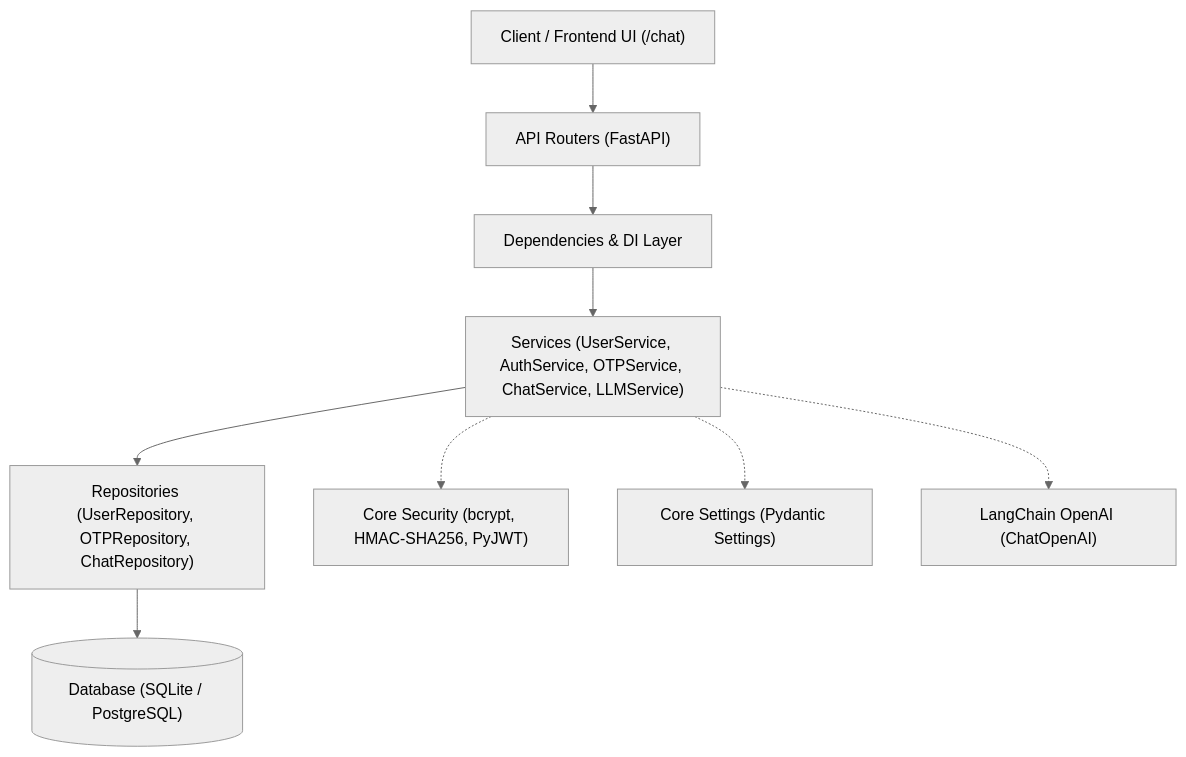
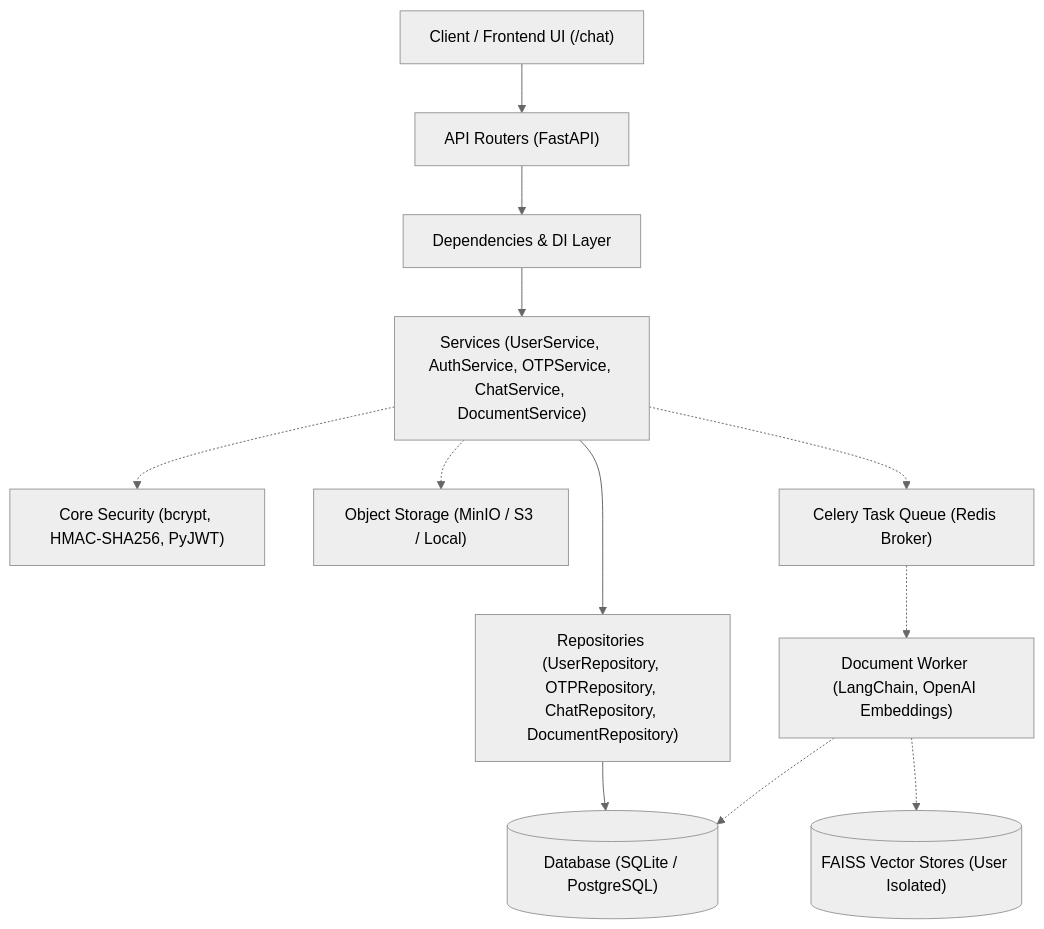
Before and after one commit to ravimahey/ai-document-core-api: the diagram in README.md, drawn with Mermaid (neutral theme). The commit also changed other lines of this file and 17 other files, not shown here.

````diff
--- a/README.md
+++ b/README.md
@@ -9,12 +9,15 @@
 ```mermaid
 flowchart TD
     Client["Client / Frontend UI (/chat)"] --> API["API Routers (FastAPI)"]
     API --> Deps["Dependencies & DI Layer"]
-    Deps --> Services["Services (UserService, AuthService, OTPService, ChatService, LLMService)"]
-    Services --> Repos["Repositories (UserRepository, OTPRepository, ChatRepository)"]
+    Deps --> Services["Services (UserService, AuthService, OTPService, ChatService, DocumentService)"]
+    Services --> Repos["Repositories (UserRepository, OTPRepository, ChatRepository, DocumentRepository)"]
     Repos --> DB[("Database (SQLite / PostgreSQL)")]
     
     Services -.-> Security["Core Security (bcrypt, HMAC-SHA256, PyJWT)"]
-    Services -.-> Config["Core Settings (Pydantic Settings)"]
-    Services -.-> LangChain["LangChain OpenAI (ChatOpenAI)"]
+    Services -.-> Storage["Object Storage (MinIO / S3 / Local)"]
+    Services -.-> Celery["Celery Task Queue (Redis Broker)"]
+    Celery -.-> Worker["Document Worker (LangChain, OpenAI Embeddings)"]
+    Worker -.-> FAISS[("FAISS Vector Stores (User Isolated)")]
+    Worker -.-> DB
 ```
````
